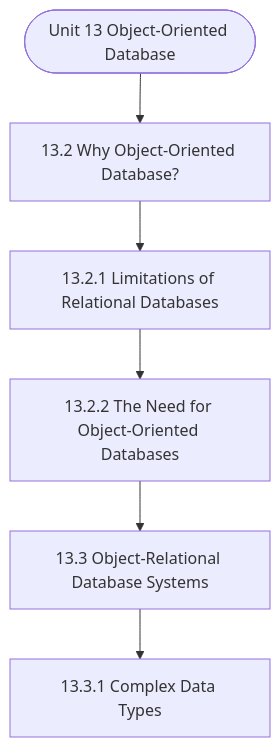
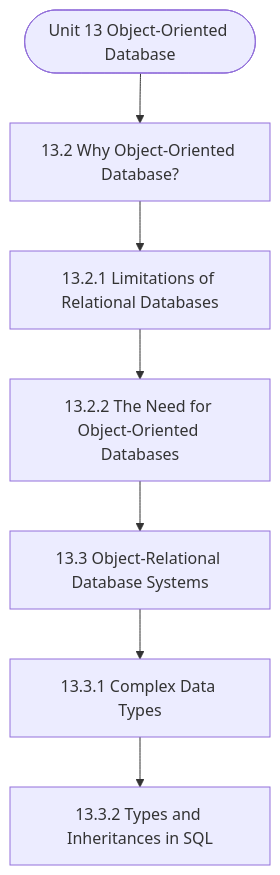
The diagram in notes/Semester_1/MCS-207_Database_Management_Systems/unit_13_Object-Oriented_Database.md (Asutosh-Coaching/mscdsa), drawn with Mermaid before and after one commit. The commit also changed other lines of this file and 116 other files, not shown here.

````diff
--- a/notes/Semester_1/MCS-207_Database_Management_Systems/unit_13_Object-Oriented_Database.md
+++ b/notes/Semester_1/MCS-207_Database_Management_Systems/unit_13_Object-Oriented_Database.md
@@ -19,14 +19,16 @@
 ```mermaid
 flowchart TD
   Start(["Unit 13 Object-Oriented Database"])
   N1["13.2 Why Object-Oriented Database?"]
   N2["13.2.1 Limitations of Relational Databases"]
   N3["13.2.2 The Need for Object-Oriented Databases"]
   N4["13.3 Object-Relational Database Systems"]
   N5["13.3.1 Complex Data Types"]
+  N6["13.3.2 Types and Inheritances in SQL"]
   Start --> N1
   N1 --> N2
   N2 --> N3
   N3 --> N4
   N4 --> N5
+  N5 --> N6
 ```
````
